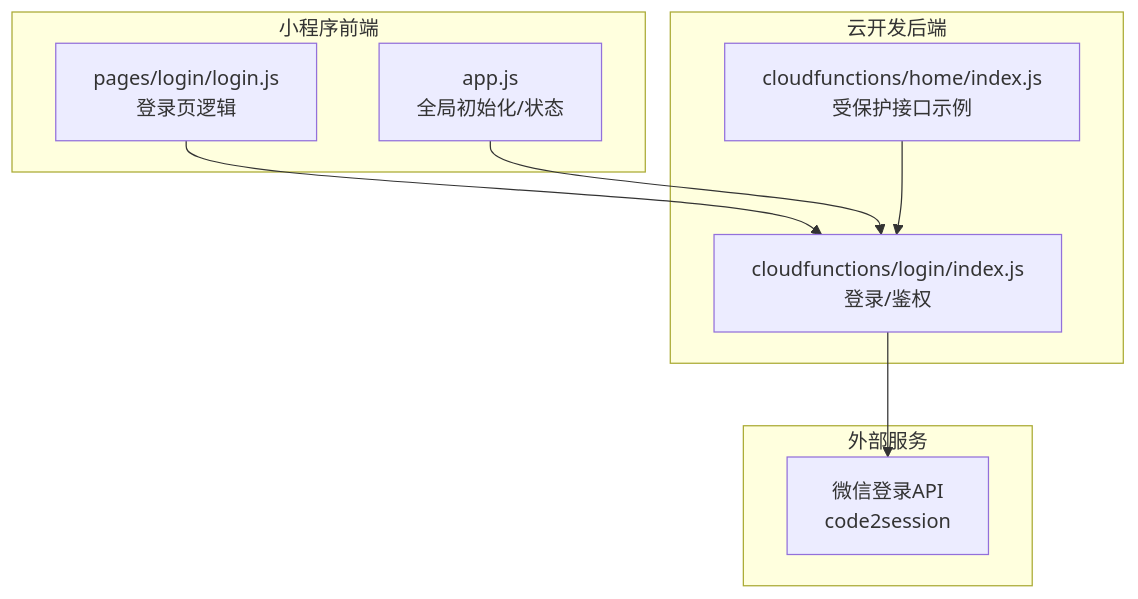
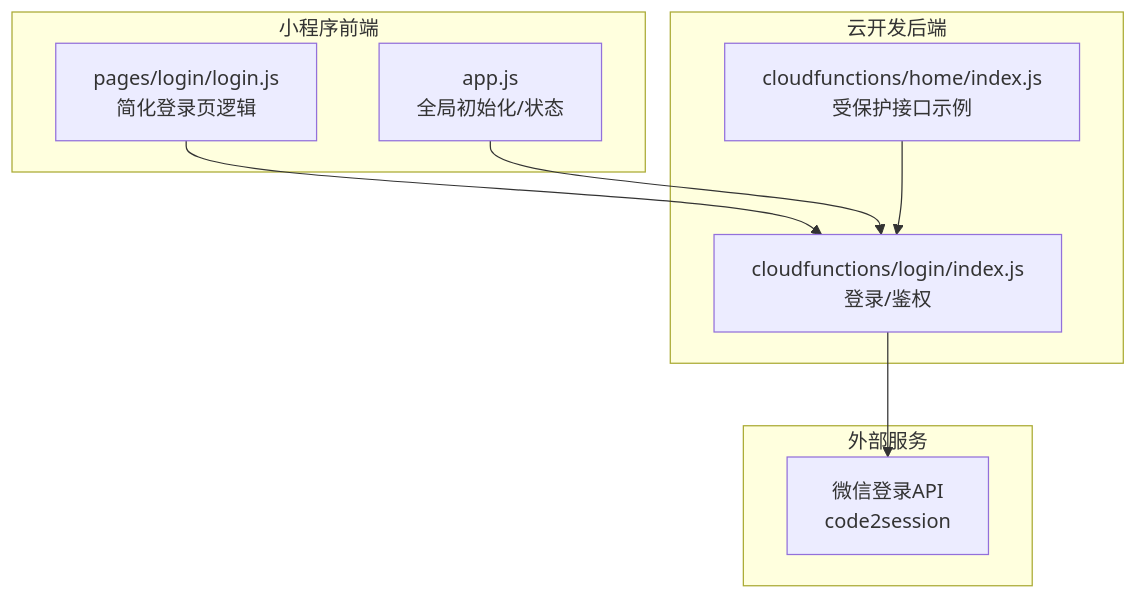
Before and after one commit to cwb7756/bio: the first of 4 diagrams in .qoder/repowiki/zh/content/核心功能模块/用户认证系统.md, drawn with Mermaid. The commit also changed other lines of this file and 46 other files, not shown here.

````diff
--- a/.qoder/repowiki/zh/content/核心功能模块/用户认证系统.md
+++ b/.qoder/repowiki/zh/content/核心功能模块/用户认证系统.md
@@ -41,18 +50,18 @@
 ```mermaid
 graph TB
 subgraph "小程序前端"
 APP["app.js<br/>全局初始化/状态"]
-LOGIN["pages/login/login.js<br/>登录页逻辑"]
+LOGIN["pages/login/login.js<br/>简化登录页逻辑"]
 end
 subgraph "云开发后端"
 CLOUD_LOGIN["cloudfunctions/login/index.js<br/>登录/鉴权"]
 CLOUD_HOME["cloudfunctions/home/index.js<br/>受保护接口示例"]
 end
 subgraph "外部服务"
 WX_API["微信登录API<br/>code2session"]
 end
 LOGIN --> CLOUD_LOGIN
 APP --> CLOUD_LOGIN
 CLOUD_LOGIN --> WX_API
 CLOUD_HOME --> CLOUD_LOGIN
 ```
````
